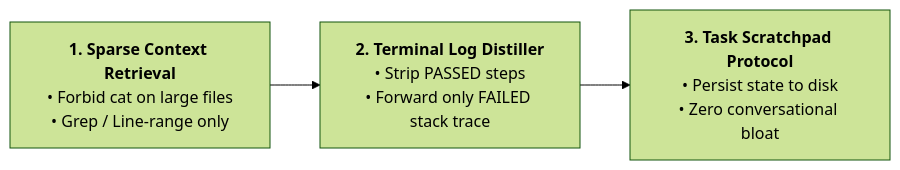
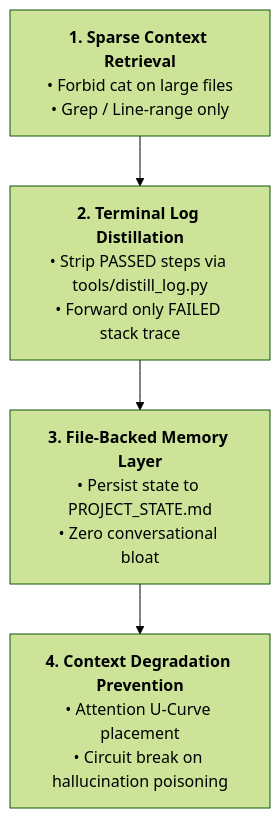
Before and after one commit to TeeVee98/Synapse-Hub: the diagram in .agents/skills/token-and-context-optimizer/SKILL.md, drawn with Mermaid (forest theme). The commit also changed other lines of this file and 87 other files, not shown here.

````diff
--- a/.agents/skills/token-and-context-optimizer/SKILL.md
+++ b/.agents/skills/token-and-context-optimizer/SKILL.md
@@ -15,5 +14,6 @@
 ```mermaid
-flowchart LR
-    P1["<b>1. Sparse Context Retrieval</b><br/>• Forbid cat on large files<br/>• Grep / Line-range only"] --> P2["<b>2. Terminal Log Distiller</b><br/>• Strip PASSED steps<br/>• Forward only FAILED stack trace"]
-    P2 --> P3["<b>3. Task Scratchpad Protocol</b><br/>• Persist state to disk<br/>• Zero conversational bloat"]
+flowchart TD
+    P1["<b>1. Sparse Context Retrieval</b><br/>• Forbid cat on large files<br/>• Grep / Line-range only"] --> P2["<b>2. Terminal Log Distillation</b><br/>• Strip PASSED steps via tools/distill_log.py<br/>• Forward only FAILED stack trace"]
+    P2 --> P3["<b>3. File-Backed Memory Layer</b><br/>• Persist state to PROJECT_STATE.md<br/>• Zero conversational bloat"]
+    P3 --> P4["<b>4. Context Degradation Prevention</b><br/>• Attention U-Curve placement<br/>• Circuit break on hallucination poisoning"]
 ```
````
